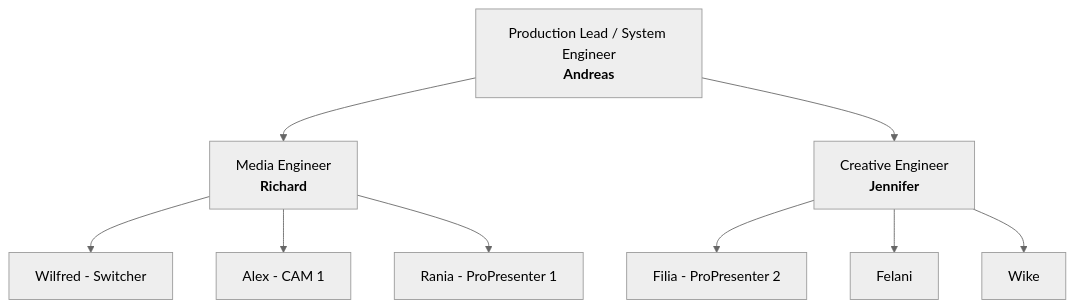
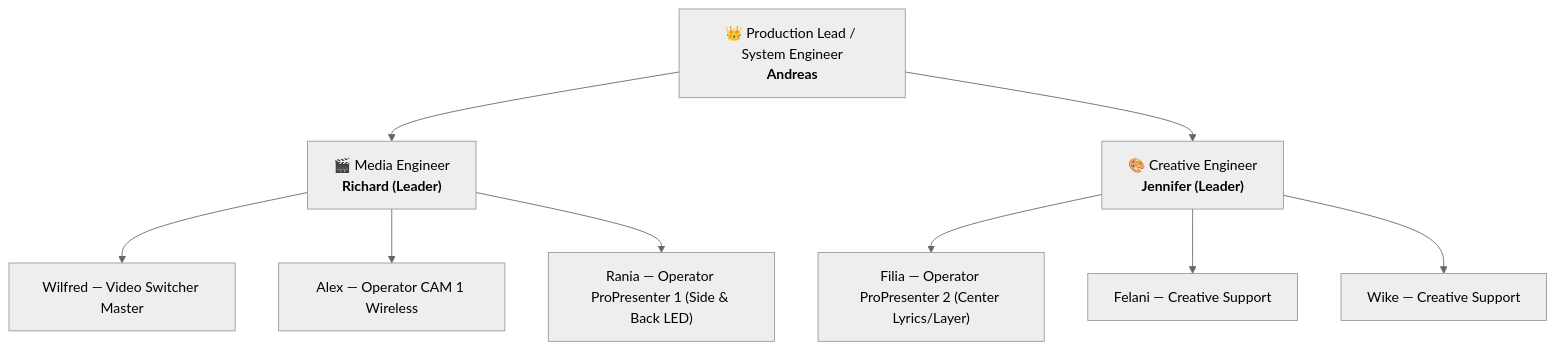
Before and after one commit to zzdree/ip26-production: the first of 7 diagrams in README.md, drawn with Mermaid (neutral theme). The commit also changed other lines of this file, not shown here.

Commit message:
docs: add Master Architecture Flowchart and detailed Sub-System Flowcharts with technical documentation

````diff
--- a/README.md
+++ b/README.md
@@ -44,13 +44,13 @@
 ```mermaid
 flowchart TD
-    A[Production Lead / System Engineer<br><b>Andreas</b>] --> B[Media Engineer<br><b>Richard</b>]
-    A --> C[Creative Engineer<br><b>Jennifer</b>]
+    A["👑 Production Lead / System Engineer<br/><b>Andreas</b>"] --> B["🎬 Media Engineer<br/><b>Richard (Leader)</b>"]
+    A --> C["🎨 Creative Engineer<br/><b>Jennifer (Leader)</b>"]
     
-    B --> B1[Wilfred - Switcher]
-    B --> B2[Alex - CAM 1]
-    B --> B3[Rania - ProPresenter 1]
+    B --> B1["Wilfred — Video Switcher Master"]
+    B --> B2["Alex — Operator CAM 1 Wireless"]
+    B --> B3["Rania — Operator ProPresenter 1 (Side & Back LED)"]
     
-    C --> C1[Filia - ProPresenter 2]
-    C --> C2[Felani]
-    C --> C3[Wike]
+    C --> C1["Filia — Operator ProPresenter 2 (Center Lyrics/Layer)"]
+    C --> C2["Felani — Creative Support"]
+    C --> C3["Wike — Creative Support"]
 ```
````
